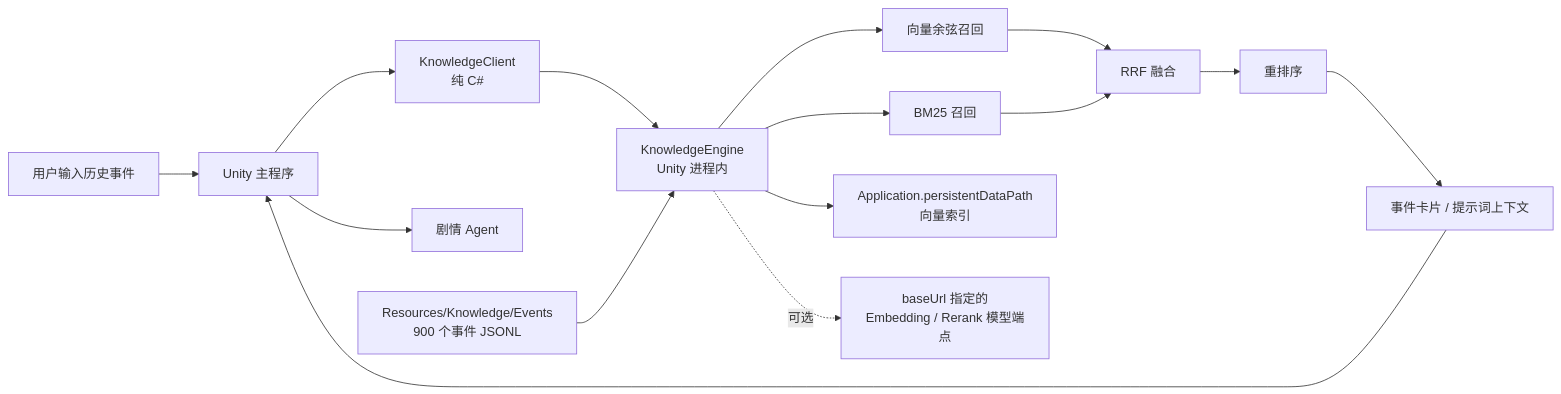
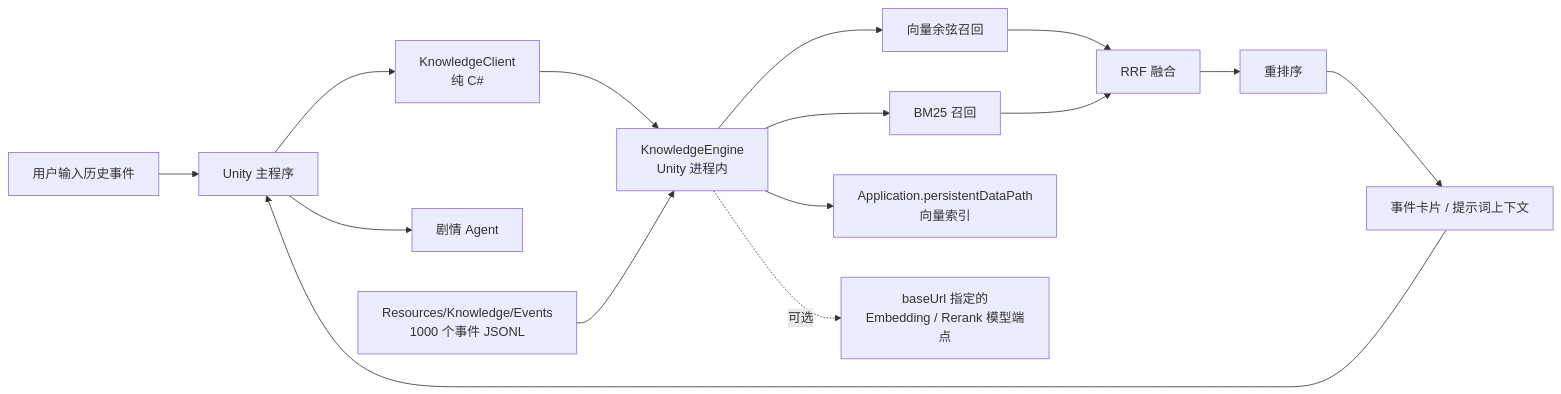
One commit to xinghuocode/epicspark changed the diagram in Docs/KnowledgeRAG.md. Above: the diagram before and after it, drawn with Mermaid. The commit also changed other lines of this file and 9 other files, not shown here.

````diff
--- a/Docs/KnowledgeRAG.md
+++ b/Docs/KnowledgeRAG.md
@@ -8,17 +8,17 @@
 ```mermaid
 flowchart LR
     U[用户输入历史事件] --> S[Unity 主程序]
     S --> C[KnowledgeClient<br/>纯 C#]
     C --> E[KnowledgeEngine<br/>Unity 进程内]
     E --> R1[向量余弦召回]
     E --> R2[BM25 召回]
     R1 --> F[RRF 融合]
     R2 --> F
     F --> RR[重排序]
     RR --> CX[事件卡片 / 提示词上下文]
     CX --> S
     S --> A[剧情 Agent]
-    D[Resources/Knowledge/Events<br/>900 个事件 JSONL] --> E
+    D[Resources/Knowledge/Events<br/>1000 个事件 JSONL] --> E
     E --> IDX[Application.persistentDataPath<br/>向量索引]
     E -.可选.-> M[baseUrl 指定的<br/>Embedding / Rerank 模型端点]
 ```
````
